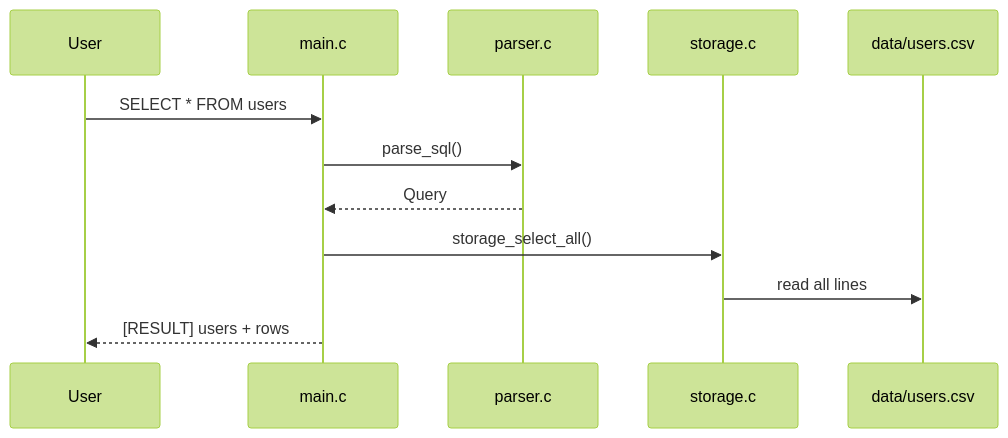
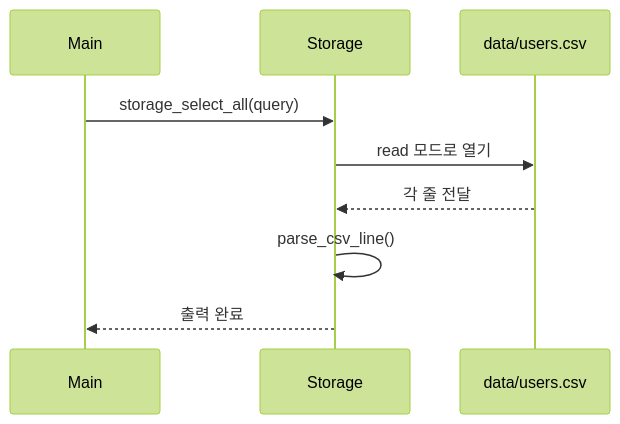
One commit to JEONWOOHYUN-hydromel/Krafton_Jungle_Wednesday_Codex_Week6 changed the ninth of 15 diagrams in README.md. Above: the diagram before and after it, drawn with Mermaid (forest theme). The commit also changed other lines of this file, not shown here.

Commit message:
Expand README with detailed diagrams

````diff
--- a/README.md
+++ b/README.md
@@ -116,15 +371,12 @@
 ```mermaid
 sequenceDiagram
-    participant User
-    participant Main as main.c
-    participant Parser as parser.c
-    participant Storage as storage.c
+    participant Main
+    participant Storage
     participant CSV as data/users.csv
 
-    User->>Main: SELECT * FROM users;
-    Main->>Parser: parse_sql()
-    Parser-->>Main: Query
-    Main->>Storage: storage_select_all()
-    Storage->>CSV: read all lines
-    Main-->>User: [RESULT] users + rows
+    Main->>Storage: storage_select_all(query)
+    Storage->>CSV: read 모드로 열기
+    CSV-->>Storage: 각 줄 전달
+    Storage->>Storage: parse_csv_line()
+    Storage-->>Main: 출력 완료
 ```
````
